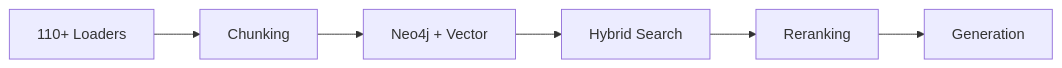
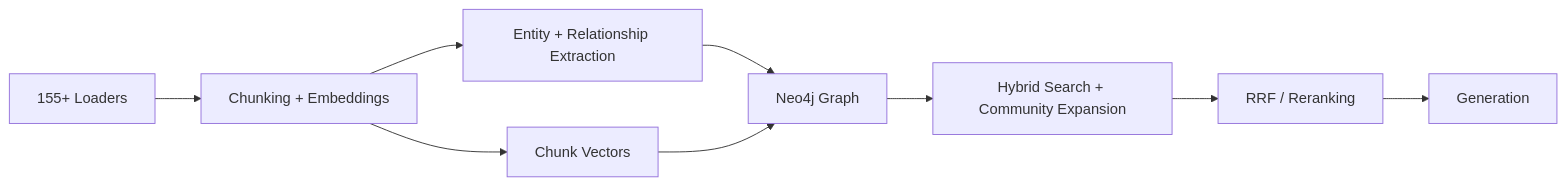
The fourth of 5 diagrams in README.md (joseph-webber/agentic-brain), drawn with Mermaid before and after one commit. The commit also changed other lines of this file and 4 other files, not shown here.

Commit message:
📚 Update documentation for GraphRAG improvements

````diff
--- a/README.md
+++ b/README.md
@@ -1682,8 +1691,11 @@
 ```mermaid
 flowchart LR
-    Sources["110+ Loaders"] --> Process["Chunking"]
-    Process --> Store["Neo4j + Vector"]
-    Store --> Retrieve["Hybrid Search"]
-    Retrieve --> Rerank["Reranking"]
+    Sources["155+ Loaders"] --> Process["Chunking + Embeddings"]
+    Process --> Graph["Entity + Relationship Extraction"]
+    Process --> Store["Chunk Vectors"]
+    Graph --> Neo4j["Neo4j Graph"]
+    Store --> Neo4j
+    Neo4j --> Retrieve["Hybrid Search + Community Expansion"]
+    Retrieve --> Rerank["RRF / Reranking"]
     Rerank --> LLM["Generation"]
 ```
````
